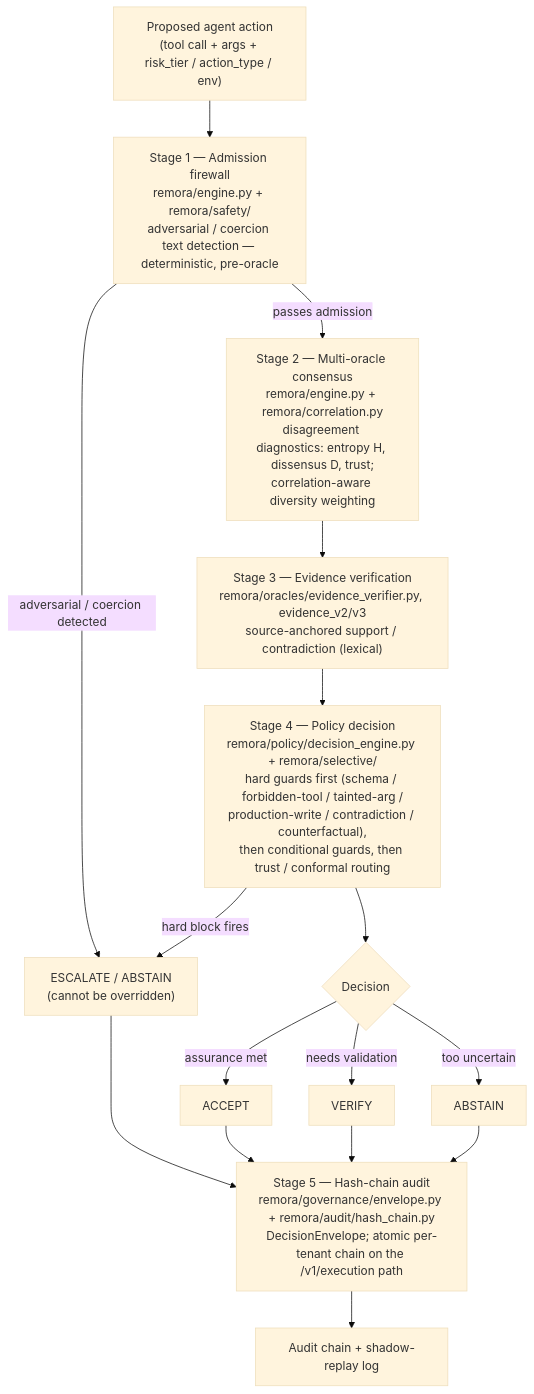
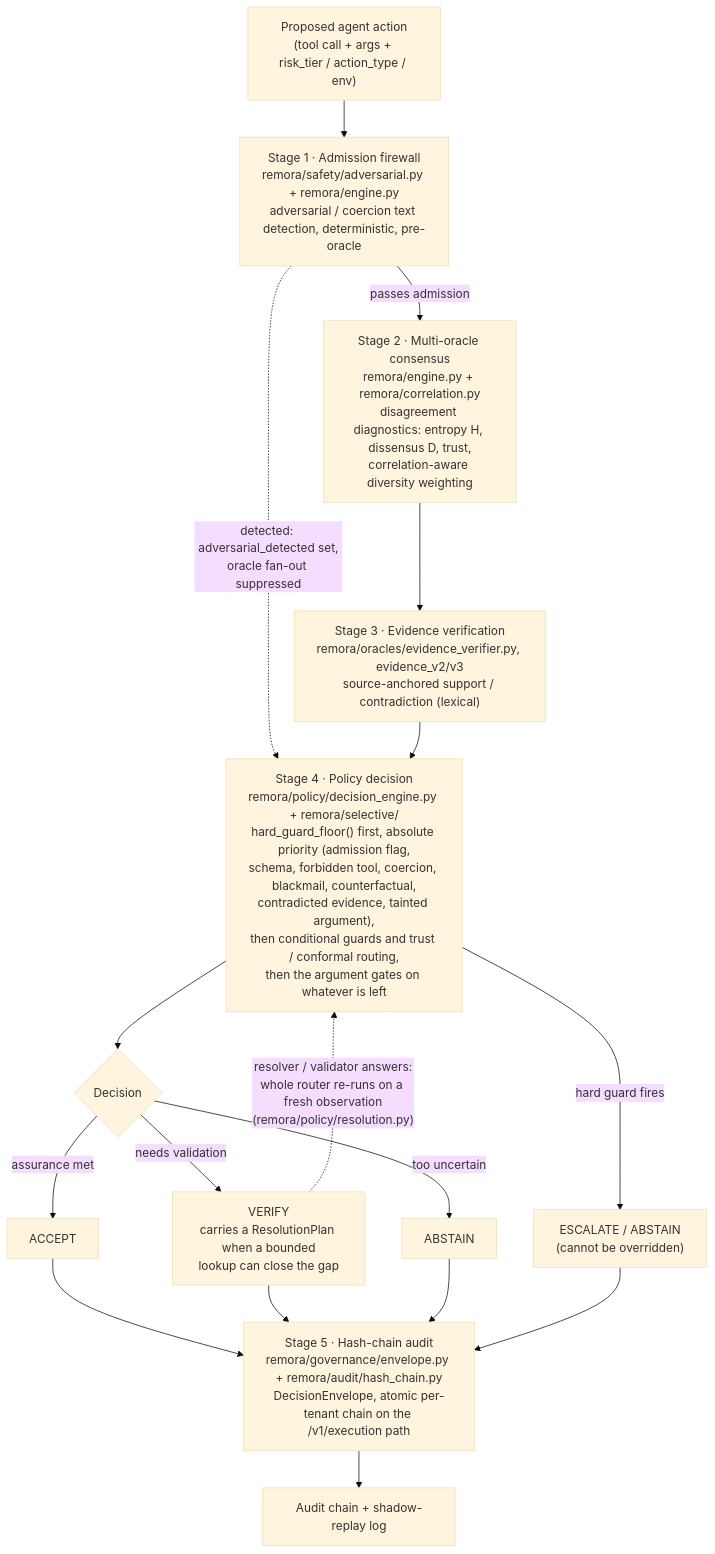
The first of 2 diagrams in ARCHITECTURE.md (darklordVirtual/REMORA-research), drawn with Mermaid (base theme) before and after one commit. The commit also changed other lines of this file and 2 other files, not shown here.

First line of the commit message:
docs: fix three ARCHITECTURE errors, cut em-dashes, drop a stray note

````diff
--- a/ARCHITECTURE.md
+++ b/ARCHITECTURE.md
@@ -71,25 +71,27 @@
 ```mermaid
 flowchart TD
-    ACT["Proposed agent action\n(tool call + args + risk_tier / action_type / env)"] --> S1
+    ACT["Proposed agent action<br/>(tool call + args + risk_tier / action_type / env)"] --> S1
 
-    S1["Stage 1 — Admission firewall\nremora/engine.py + remora/safety/\nadversarial / coercion text detection — deterministic, pre-oracle"]
-    S1 -->|"adversarial / coercion detected"| ESC["ESCALATE / ABSTAIN\n(cannot be overridden)"]
+    S1["Stage 1 · Admission firewall<br/>remora/safety/adversarial.py + remora/engine.py<br/>adversarial / coercion text detection, deterministic, pre-oracle"]
+    S1 -.->|"detected: adversarial_detected set,<br/>oracle fan-out suppressed"| S4
     S1 -->|"passes admission"| S2
 
-    S2["Stage 2 — Multi-oracle consensus\nremora/engine.py + remora/correlation.py\ndisagreement diagnostics: entropy H, dissensus D, trust;\ncorrelation-aware diversity weighting"]
+    S2["Stage 2 · Multi-oracle consensus<br/>remora/engine.py + remora/correlation.py<br/>disagreement diagnostics: entropy H, dissensus D, trust,<br/>correlation-aware diversity weighting"]
     S2 --> S3
 
-    S3["Stage 3 — Evidence verification\nremora/oracles/evidence_verifier.py, evidence_v2/v3\nsource-anchored support / contradiction (lexical)"]
+    S3["Stage 3 · Evidence verification<br/>remora/oracles/evidence_verifier.py, evidence_v2/v3<br/>source-anchored support / contradiction (lexical)"]
     S3 --> S4
 
-    S4["Stage 4 — Policy decision\nremora/policy/decision_engine.py + remora/selective/\nhard guards first (schema / forbidden-tool / tainted-arg /\nproduction-write / contradiction / counterfactual),\nthen conditional guards, then trust / conformal routing"]
-    S4 -->|"hard block fires"| ESC
+    S4["Stage 4 · Policy decision<br/>remora/policy/decision_engine.py + remora/selective/<br/>hard_guard_floor() first, absolute priority (admission flag,<br/>schema, forbidden tool, coercion, blackmail, counterfactual,<br/>contradicted evidence, tainted argument),<br/>then conditional guards and trust / conformal routing,<br/>then the argument gates on whatever is left"]
+    S4 -->|"hard guard fires"| ESC["ESCALATE / ABSTAIN<br/>(cannot be overridden)"]
     S4 --> DEC{"Decision"}
 
     DEC -->|"assurance met"| ACCEPT["ACCEPT"]
-    DEC -->|"needs validation"| VERIFY["VERIFY"]
+    DEC -->|"needs validation"| VERIFY["VERIFY<br/>carries a ResolutionPlan when a bounded<br/>lookup can close the gap"]
     DEC -->|"too uncertain"| ABSTAIN["ABSTAIN"]
 
-    ACCEPT & VERIFY & ABSTAIN & ESC --> S5["Stage 5 — Hash-chain audit\nremora/governance/envelope.py + remora/audit/hash_chain.py\nDecisionEnvelope; atomic per-tenant chain on the /v1/execution path"]
+    VERIFY -.->|"resolver / validator answers:<br/>whole router re-runs on a fresh observation<br/>(remora/policy/resolution.py)"| S4
+
+    ACCEPT & VERIFY & ABSTAIN & ESC --> S5["Stage 5 · Hash-chain audit<br/>remora/governance/envelope.py + remora/audit/hash_chain.py<br/>DecisionEnvelope, atomic per-tenant chain on the /v1/execution path"]
     S5 --> OUT["Audit chain + shadow-replay log"]
 ```
````
